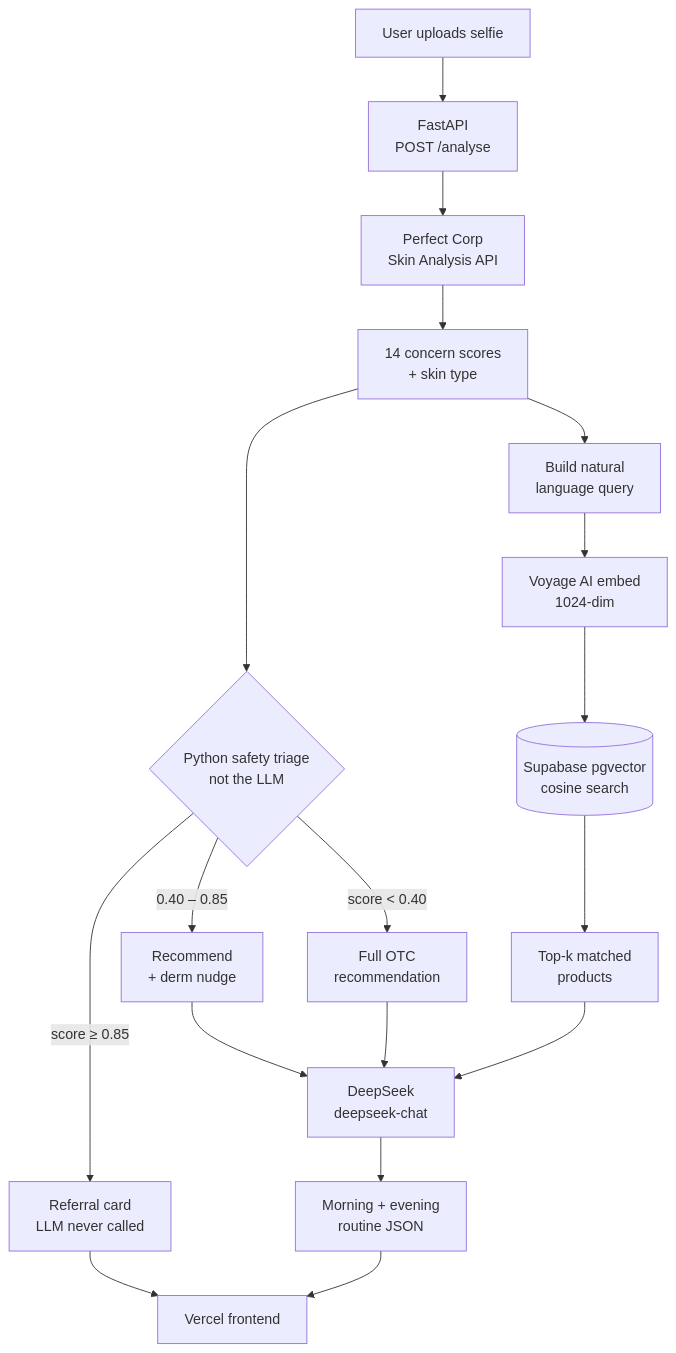
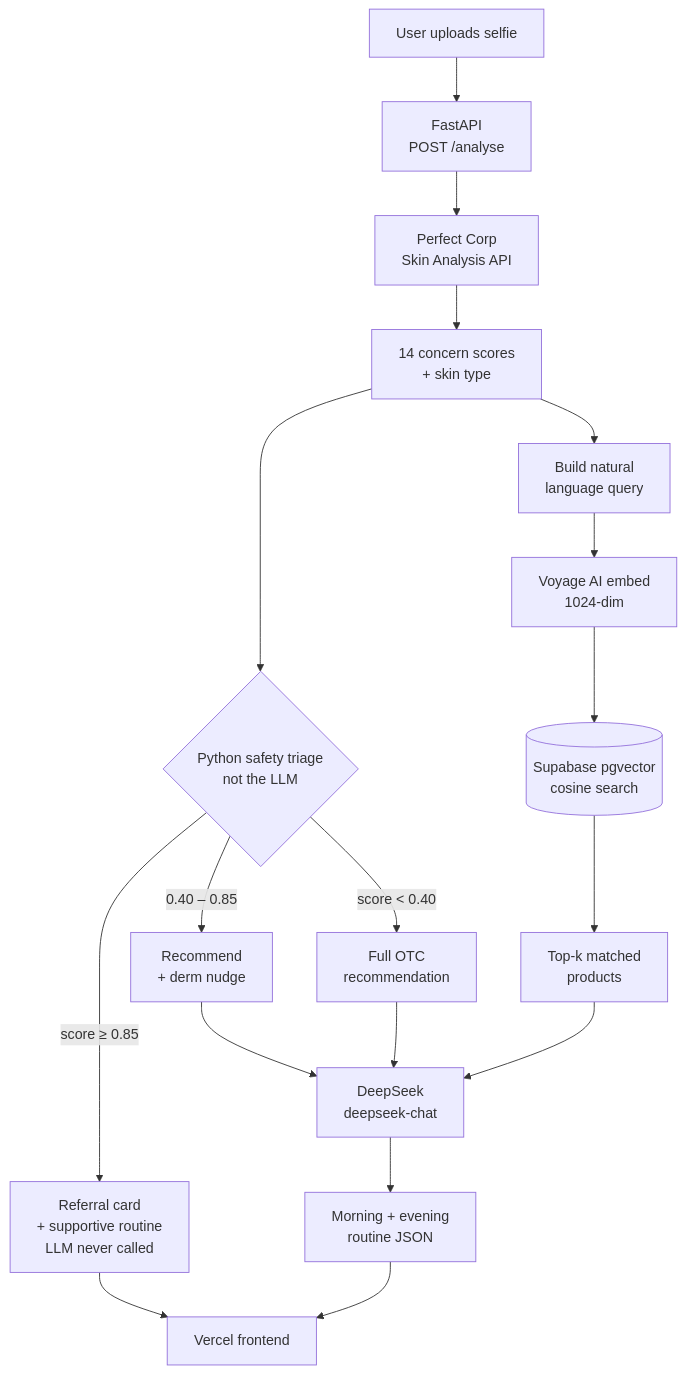
Before and after one commit to rkchellah/Confidence: the second of 2 diagrams in README.md, drawn with Mermaid. The commit also changed other lines of this file and 14 other files, not shown here.

Commit message:
Show a real morning and evening routine when the score is high, and keep named products if the catalogue search is empty

````diff
--- a/README.md
+++ b/README.md
@@ -48,24 +50,24 @@
 ```mermaid
 flowchart TD
     U[User uploads selfie] --> API[FastAPI\nPOST /analyse]
     API --> PC[Perfect Corp\nSkin Analysis API]
     PC --> SC[14 concern scores\n+ skin type]
 
     SC --> T{Python safety triage\nnot the LLM}
-    T -->|score ≥ 0.85| REF[Referral card\nLLM never called]
+    T -->|score ≥ 0.85| REF[Referral card\n+ supportive routine\nLLM never called]
     T -->|0.40 – 0.85| MOD[Recommend\n+ derm nudge]
     T -->|score < 0.40| MIL[Full OTC\nrecommendation]
 
     SC --> Q[Build natural\nlanguage query]
     Q --> EMB[Voyage AI embed\n1024-dim]
     EMB --> VEC[(Supabase pgvector\ncosine search)]
     VEC --> RET[Top-k matched\nproducts]
 
     MOD --> LLM
     MIL --> LLM
     RET --> LLM[DeepSeek\ndeepseek-chat]
     LLM --> RES[Morning + evening\nroutine JSON]
 
     RES --> FE[Vercel frontend]
     REF --> FE
 ```
````
